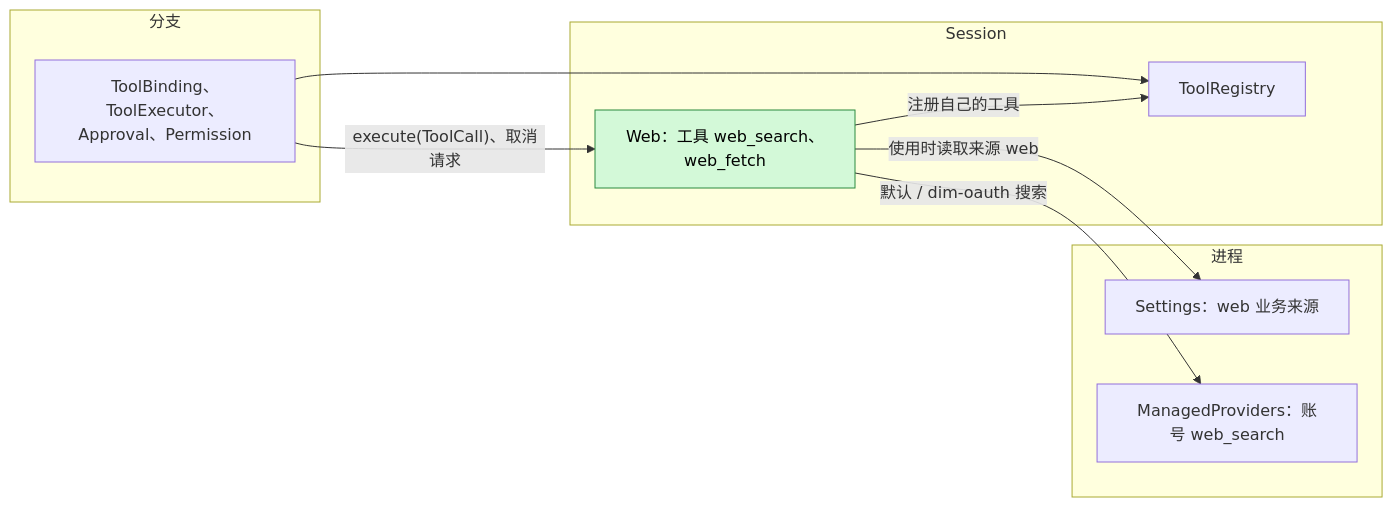
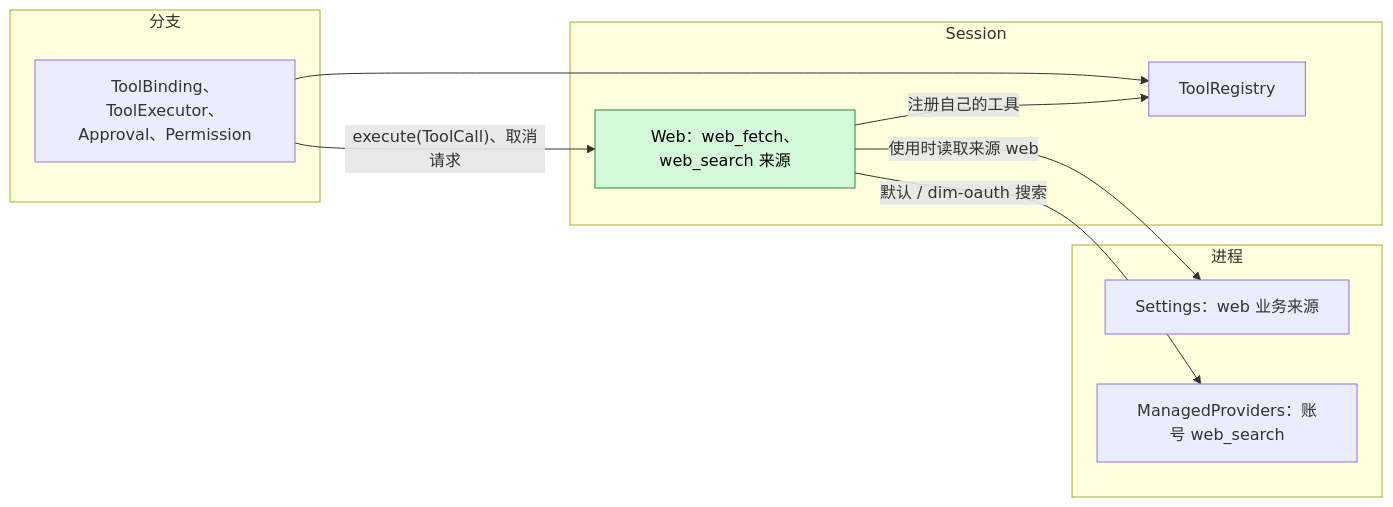
The first of 5 diagrams in docs/zh/design/plugins/Web.md (CoutinhoTTS/dim-agent), drawn with Mermaid before and after one commit. The commit also changed other lines of this file and 1 other file, not shown here.

Commit message:
docs(web): follow the search service in the web_search declaration

````diff
--- a/docs/zh/design/plugins/Web.md
+++ b/docs/zh/design/plugins/Web.md
@@ -9,20 +9,20 @@
 ```mermaid
 flowchart LR
   subgraph PROC["进程"]
     Settings["Settings：web 业务来源"]
     Managed["ManagedProviders：账号 web_search"]
   end
   subgraph SESS["Session"]
-    Web["Web：工具 web_search、web_fetch"]:::new
+    Web["Web：web_fetch、web_search 来源"]:::new
     ToolRegistry["ToolRegistry"]
   end
   subgraph BR["分支"]
     Exec["ToolBinding、ToolExecutor、Approval、Permission"]
   end
   Web -->|"使用时读取来源 web"| Settings
   Web -->|"默认 / dim-oauth 搜索"| Managed
   Web -->|"注册自己的工具"| ToolRegistry
   Exec --> ToolRegistry
   Exec -->|"execute(ToolCall)、取消请求"| Web
   classDef new fill:#d3f9d8,stroke:#2b8a3e,color:#000
 ```
````
